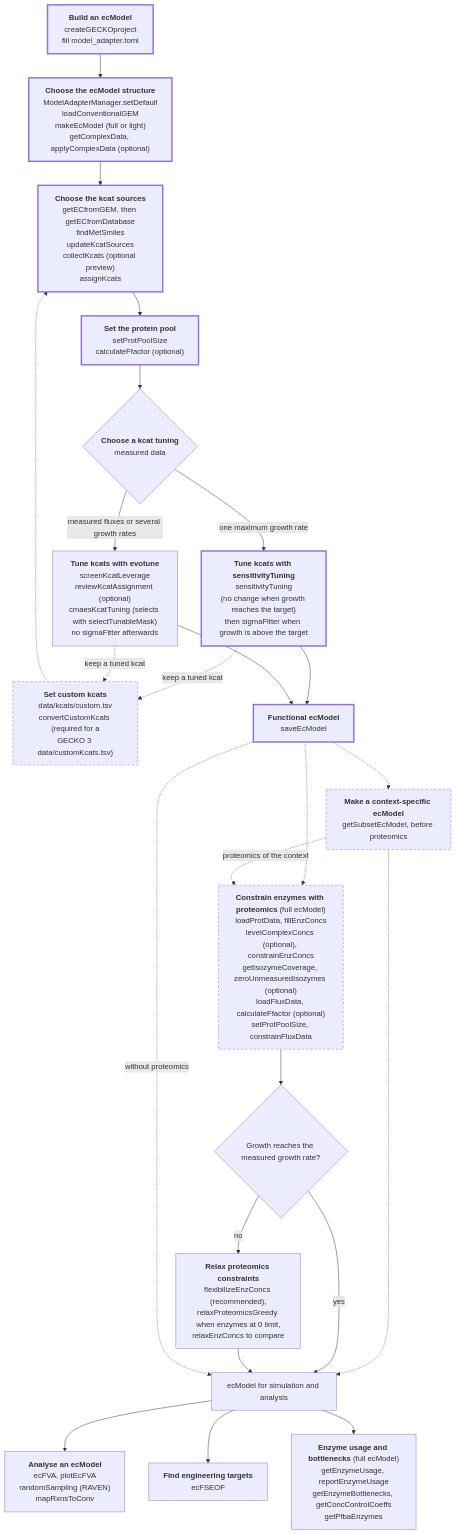
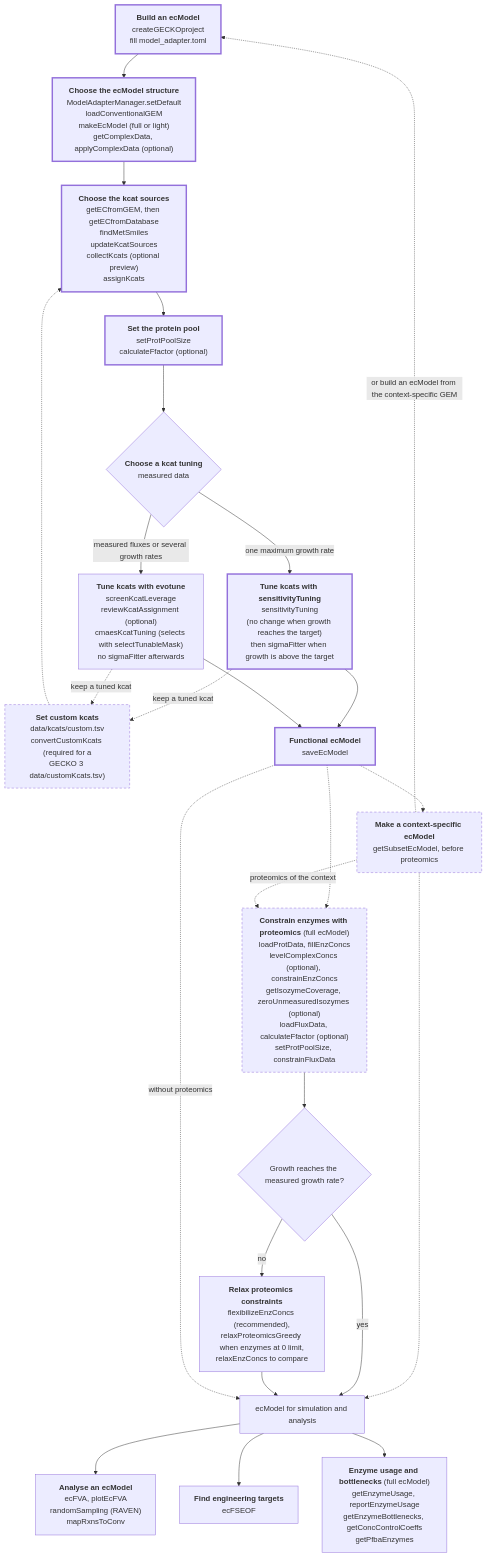
The first of 2 diagrams in docs/guide/workflow.md (CompMetEng/gecko-docs), drawn with Mermaid before and after one commit. The commit also changed other lines of this file and 4 other files, not shown here.

First line of the commit message:
doc: describe building an ecModel from the context-specific GEM

````diff
--- a/docs/guide/workflow.md
+++ b/docs/guide/workflow.md
@@ -15,59 +15,60 @@
 ```{mermaid}
 :config: {"flowchart": {"useMaxWidth": false}}
 
 flowchart TB
   classDef quick stroke-width:3px
   classDef opt stroke-dasharray: 5 4
   P["<b>Build an ecModel</b><br/>createGECKOproject<br/>fill model_adapter.toml"]:::quick
   S["<b>Choose the ecModel structure</b><br/>ModelAdapterManager.setDefault<br/>loadConventionalGEM<br/>makeEcModel (full or light)<br/>getComplexData, applyComplexData (optional)"]:::quick
   K["<b>Choose the kcat sources</b><br/>getECfromGEM, then getECfromDatabase<br/>findMetSmiles<br/>updateKcatSources<br/>collectKcats (optional preview)<br/>assignKcats"]:::quick
   C["<b>Set custom kcats</b><br/>data/kcats/custom.tsv<br/>convertCustomKcats (required for a<br/>GECKO 3 data/customKcats.tsv)"]:::opt
   PP["<b>Set the protein pool</b><br/>setProtPoolSize<br/>calculateFfactor (optional)"]:::quick
   G{"<b>Choose a kcat tuning</b><br/>measured data"}
   T["<b>Tune kcats with sensitivityTuning</b><br/>sensitivityTuning<br/>(no change when growth reaches the target)<br/>then sigmaFitter when growth is above the target"]:::quick
   A["<b>Tune kcats with evotune</b><br/>screenKcatLeverage<br/>reviewKcatAssignment (optional)<br/>cmaesKcatTuning (selects with selectTunableMask)<br/>no sigmaFitter afterwards"]
   F["<b>Functional ecModel</b><br/>saveEcModel"]:::quick
   P --> S --> K --> PP --> G
   C -.-> K
   T -.->|keep a tuned kcat| C
   A -.->|keep a tuned kcat| C
   G -->|one maximum growth rate| T
   G -->|measured fluxes or several growth rates| A
   T --> F
   A --> F
   PR["<b>Constrain enzymes with proteomics</b> (full ecModel)<br/>loadProtData, fillEnzConcs<br/>levelComplexConcs (optional), constrainEnzConcs<br/>getIsozymeCoverage, zeroUnmeasuredIsozymes (optional)<br/>loadFluxData, calculateFfactor (optional)<br/>setProtPoolSize, constrainFluxData"]:::opt
   F -.-> PR
   F -.-> CX
   CX -.->|proteomics of the context| PR
   CX -.-> RD
+  CX -.->|or build an ecModel from the context-specific GEM| P
   RL{"Growth reaches the measured growth rate?"}
   PR --> RL
   RX["<b>Relax proteomics constraints</b><br/>flexibilizeEnzConcs (recommended),<br/>relaxProteomicsGreedy when enzymes at 0 limit,<br/>relaxEnzConcs to compare"]
   RL -->|no| RX
   RD["ecModel for simulation and analysis"]
   RL -->|yes| RD
   RX --> RD
   F -.->|without proteomics| RD
   AN["<b>Analyse an ecModel</b><br/>ecFVA, plotEcFVA<br/>randomSampling (RAVEN)<br/>mapRxnsToConv"]
   EN["<b>Find engineering targets</b><br/>ecFSEOF"]
   CX["<b>Make a context-specific ecModel</b><br/>getSubsetEcModel, before proteomics"]:::opt
   EU["<b>Enzyme usage and bottlenecks</b> (full ecModel)<br/>getEnzymeUsage, reportEnzymeUsage<br/>getEnzymeBottlenecks, getConcControlCoeffs<br/>getPfbaEnzymes"]
   RD --> AN
   RD --> EN
   RD --> EU
   click P href "first-ecmodel.html"
   click S href "ecmodel-structure.html"
   click K href "kcat-sources.html"
   click C href "custom-kcats.html"
   click PP href "protein-pool.html"
   click G href "kcat-tuning.html"
   click T href "standard-tuning.html"
   click A href "evotune.html"
   click F href "first-ecmodel.html"
   click PR href "proteomics.html"
   click RX href "relaxing-proteomics.html"
   click AN href "analysis.html"
   click EN href "engineering-targets.html"
   click CX href "context-ecmodel.html"
   click EU href "enzyme-usage.html"
 ```
````
